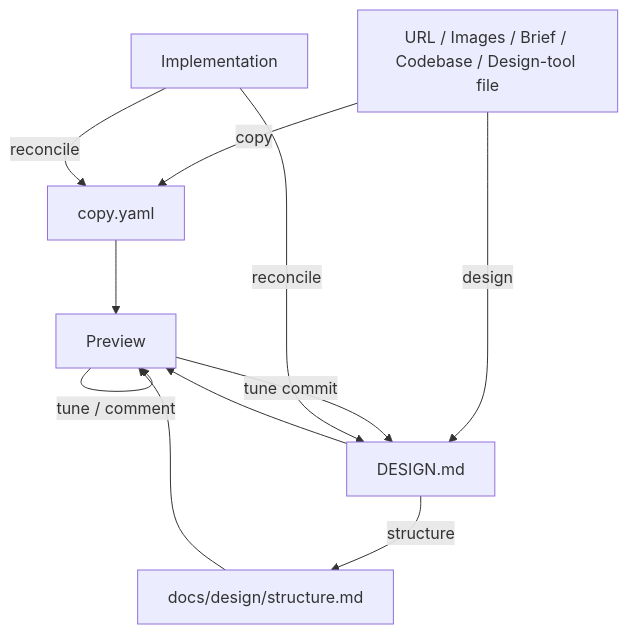
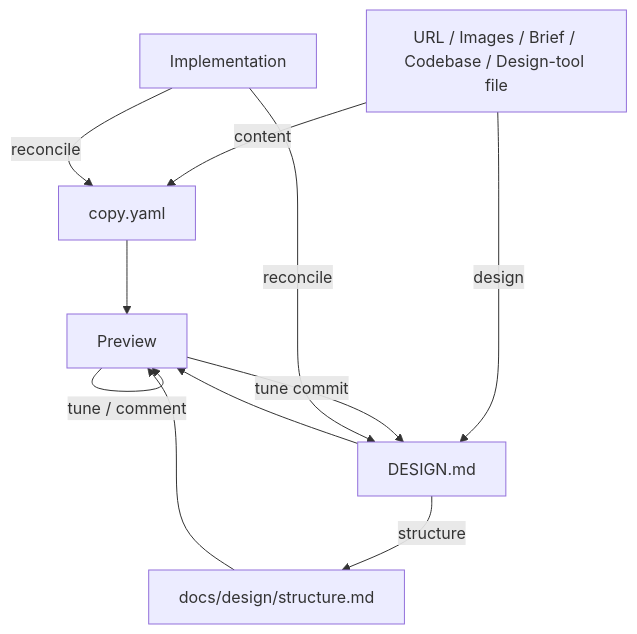
The diagram in skills/product/design-builder/README.md (adeonir/agent-skills), drawn with Mermaid before and after one commit. The commit also changed other lines of this file and 12 other files, not shown here.

````diff
--- a/skills/product/design-builder/README.md
+++ b/skills/product/design-builder/README.md
@@ -7,13 +7,13 @@
 ```mermaid
 flowchart TD
-    A[URL / Images / Brief / Codebase / Design-tool file] -->|copy| B1[copy.yaml]
+    A[URL / Images / Brief / Codebase / Design-tool file] -->|content| B1[copy.yaml]
     A -->|design| B2[DESIGN.md]
     B2 -->|structure| C[docs/design/structure.md]
     B1 --> D[Preview]
     B2 --> D
     C --> D
     D -->|tune / comment| D
     D -->|tune commit| B2
     Impl[Implementation] -->|reconcile| B2
     Impl -->|reconcile| B1
 ```
````
